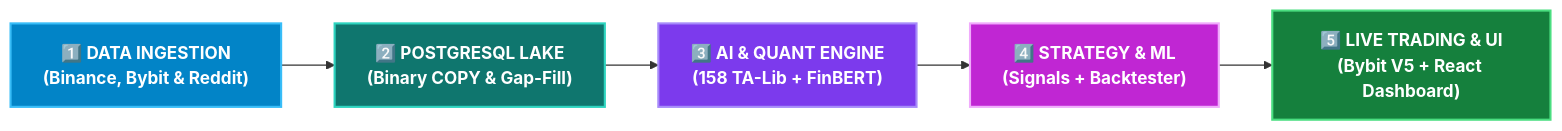
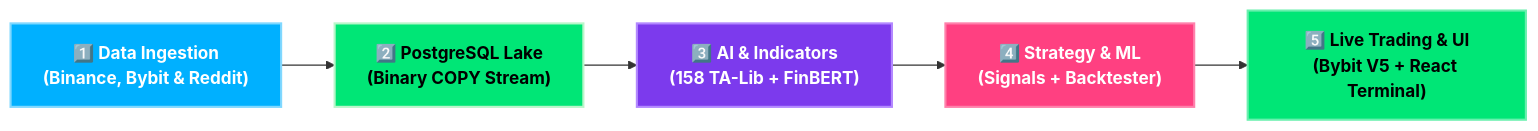
The first of 3 diagrams in README.md (21Afnan/cryptosight), drawn with Mermaid before and after one commit. The commit also changed other lines of this file, not shown here.

````diff
--- a/README.md
+++ b/README.md
@@ -71,19 +103,19 @@
 ```mermaid
 flowchart LR
-    A["1️⃣ DATA INGESTION\n(Binance, Bybit & Reddit)"] --> B["2️⃣ POSTGRESQL LAKE\n(Binary COPY & Gap-Fill)"]
-    B --> C["3️⃣ AI & QUANT ENGINE\n(158 TA-Lib + FinBERT)"]
-    C --> D["4️⃣ STRATEGY & ML\n(Signals + Backtester)"]
-    D --> E["5️⃣ LIVE TRADING & UI\n(Bybit V5 + React Dashboard)"]
+    A["1️⃣ Data Ingestion\n(Binance, Bybit & Reddit)"] --> B["2️⃣ PostgreSQL Lake\n(Binary COPY Stream)"]
+    B --> C["3️⃣ AI & Indicators\n(158 TA-Lib + FinBERT)"]
+    C --> D["4️⃣ Strategy & ML\n(Signals + Backtester)"]
+    D --> E["5️⃣ Live Trading & UI\n(Bybit V5 + React Terminal)"]
 
-    classDef step1 fill:#0284c7,stroke:#38bdf8,stroke-width:2px,color:#ffffff,font-weight:bold;
-    classDef step2 fill:#0f766e,stroke:#2dd4bf,stroke-width:2px,color:#ffffff,font-weight:bold;
-    classDef step3 fill:#7c3aed,stroke:#a78bfa,stroke-width:2px,color:#ffffff,font-weight:bold;
-    classDef step4 fill:#c026d3,stroke:#f0abfc,stroke-width:2px,color:#ffffff,font-weight:bold;
-    classDef step5 fill:#15803d,stroke:#4ade80,stroke-width:2px,color:#ffffff,font-weight:bold;
+    classDef step1 fill:#00b0ff,stroke:#80d8ff,stroke-width:2px,color:#ffffff,font-weight:bold;
+    classDef step2 fill:#00e676,stroke:#b9f6ca,stroke-width:2px,color:#000000,font-weight:bold;
+    classDef step3 fill:#7c3aed,stroke:#b388ff,stroke-width:2px,color:#ffffff,font-weight:bold;
+    classDef step4 fill:#ff4081,stroke:#ff80ab,stroke-width:2px,color:#ffffff,font-weight:bold;
+    classDef step5 fill:#00E676,stroke:#69f0ae,stroke-width:2px,color:#000000,font-weight:bold;
 
     class A step1;
     class B step2;
     class C step3;
     class D step4;
     class E step5;
 ```
````
